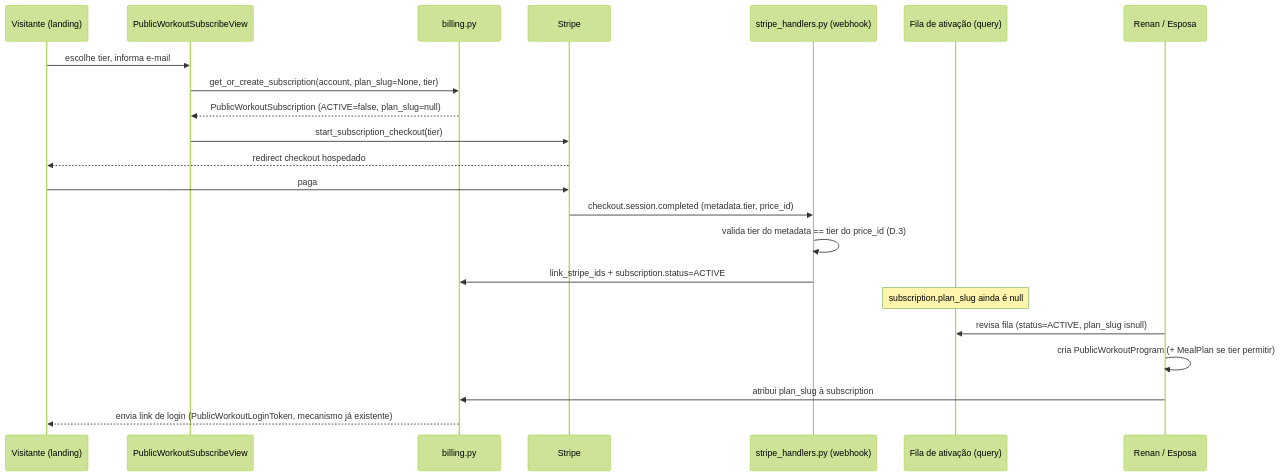
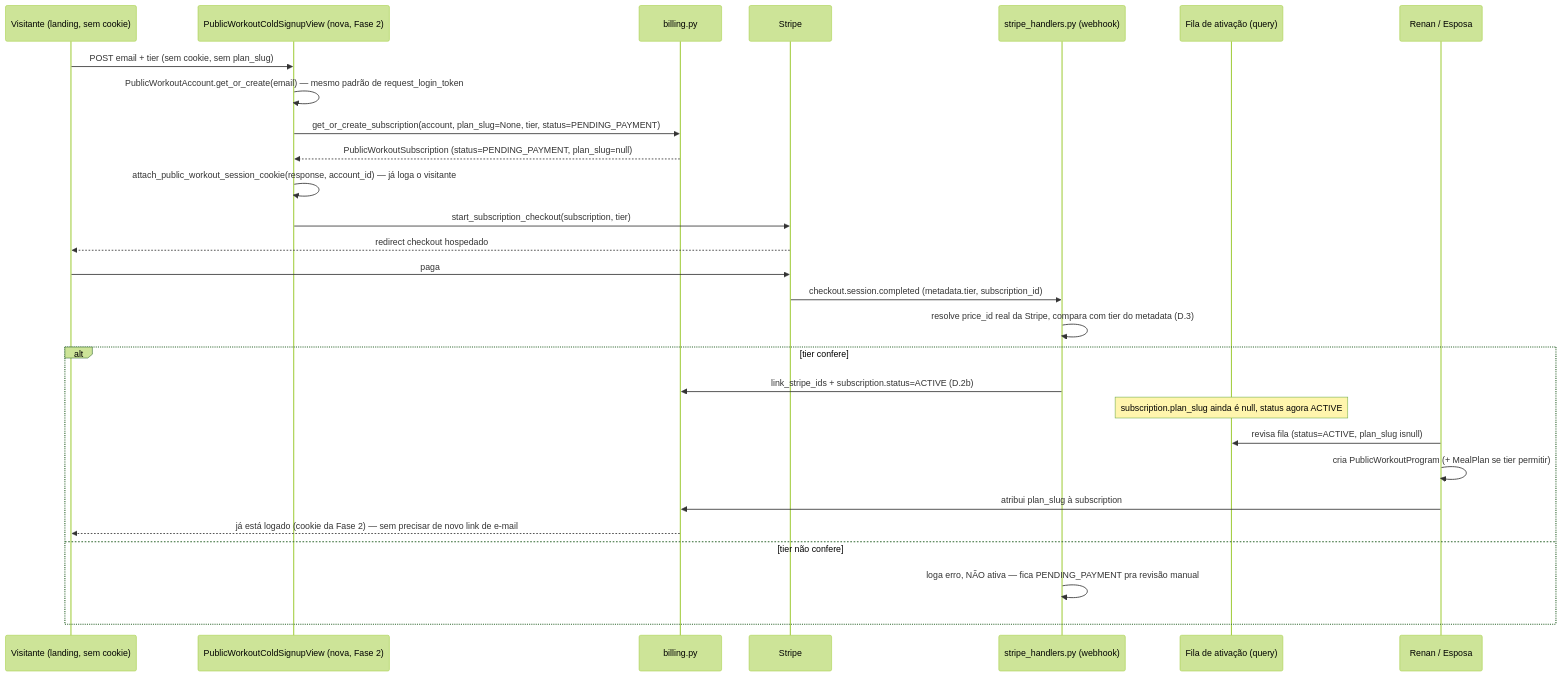
The first of 2 diagrams in docs/plans/public-workouts-escala-e-nutricao-corda.md (renanfulas/OctoBox), drawn with Mermaid (forest theme) before and after one commit. The commit also changed other lines of this file, not shown here.

````diff
--- a/docs/plans/public-workouts-escala-e-nutricao-corda.md
+++ b/docs/plans/public-workouts-escala-e-nutricao-corda.md
@@ -447,25 +583,31 @@
 ```mermaid
 sequenceDiagram
-    participant V as Visitante (landing)
-    participant W as PublicWorkoutSubscribeView
+    participant V as Visitante (landing, sem cookie)
+    participant C as PublicWorkoutColdSignupView (nova, Fase 2)
     participant B as billing.py
     participant S as Stripe
     participant H as stripe_handlers.py (webhook)
     participant F as Fila de ativação (query)
     participant P as Renan / Esposa
 
-    V->>W: escolhe tier, informa e-mail
-    W->>B: get_or_create_subscription(account, plan_slug=None, tier)
-    B-->>W: PublicWorkoutSubscription (ACTIVE=false, plan_slug=null)
-    W->>S: start_subscription_checkout(tier)
+    V->>C: POST email + tier (sem cookie, sem plan_slug)
+    C->>C: PublicWorkoutAccount.get_or_create(email) — mesmo padrão de request_login_token
+    C->>B: get_or_create_subscription(account, plan_slug=None, tier, status=PENDING_PAYMENT)
+    B-->>C: PublicWorkoutSubscription (status=PENDING_PAYMENT, plan_slug=null)
+    C->>C: attach_public_workout_session_cookie(response, account_id) — já loga o visitante
+    C->>S: start_subscription_checkout(subscription, tier)
     S-->>V: redirect checkout hospedado
     V->>S: paga
-    S->>H: checkout.session.completed (metadata.tier, price_id)
-    H->>H: valida tier do metadata == tier do price_id (D.3)
-    H->>B: link_stripe_ids + subscription.status=ACTIVE
-    Note over F: subscription.plan_slug ainda é null
-    P->>F: revisa fila (status=ACTIVE, plan_slug isnull)
-    P->>P: cria PublicWorkoutProgram (+ MealPlan se tier permitir)
-    P->>B: atribui plan_slug à subscription
-    B-->>V: envia link de login (PublicWorkoutLoginToken, mecanismo já existente)
+    S->>H: checkout.session.completed (metadata.tier, subscription_id)
+    H->>H: resolve price_id real da Stripe, compara com tier do metadata (D.3)
+    alt tier confere
+        H->>B: link_stripe_ids + subscription.status=ACTIVE (D.2b)
+        Note over F: subscription.plan_slug ainda é null, status agora ACTIVE
+        P->>F: revisa fila (status=ACTIVE, plan_slug isnull)
+        P->>P: cria PublicWorkoutProgram (+ MealPlan se tier permitir)
+        P->>B: atribui plan_slug à subscription
+        B-->>V: já está logado (cookie da Fase 2) — sem precisar de novo link de e-mail
+    else tier não confere
+        H->>H: loga erro, NÃO ativa — fica PENDING_PAYMENT pra revisão manual
+    end
 ```
````
